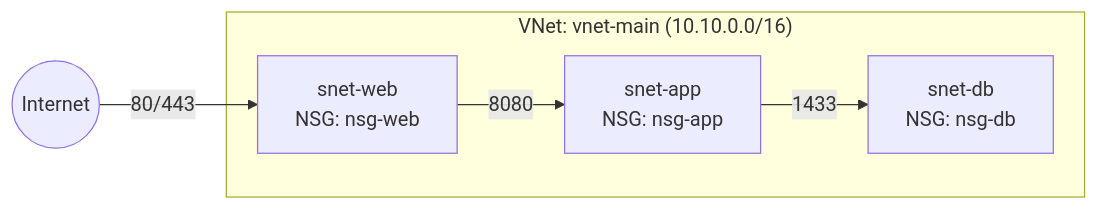
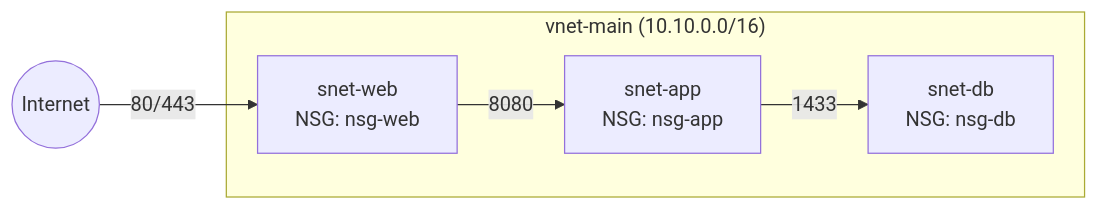
Before and after one commit to Ch3rry-Pi3-Azure/Azure-3-Tier-VNet: the fourth of 8 diagrams in README.md, drawn with Mermaid. The commit also changed other lines of this file, not shown here.

Commit message:
Fix formatting in README.md for subnet diagrams

````diff
--- a/README.md
+++ b/README.md
@@ -90,11 +90,11 @@
 ```mermaid
 flowchart LR
     Internet((Internet)) -->|80/443| Web
-    subgraph VNet["VNet: vnet-main (10.10.0.0/16)"]
+    subgraph VNet["vnet-main (10.10.0.0/16)"]
         Web["snet-web<br/>NSG: nsg-web"]
         App["snet-app<br/>NSG: nsg-app"]
         Db["snet-db<br/>NSG: nsg-db"]
     end
     Web -->|8080| App
     App -->|1433| Db
 ```
````
